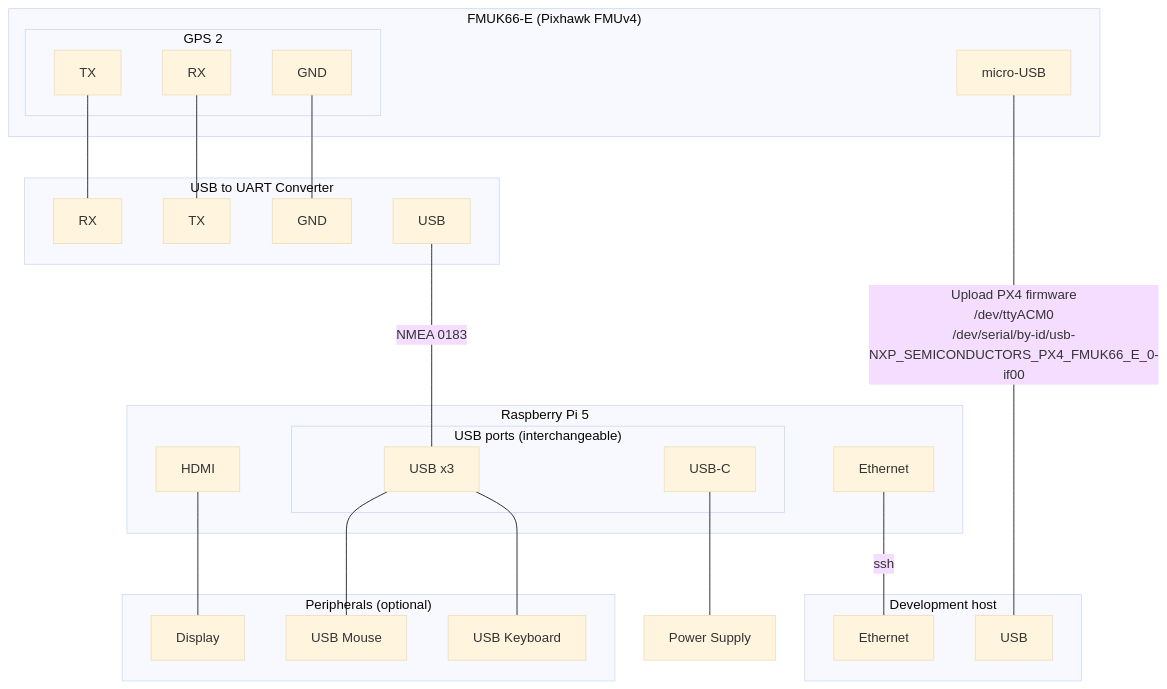
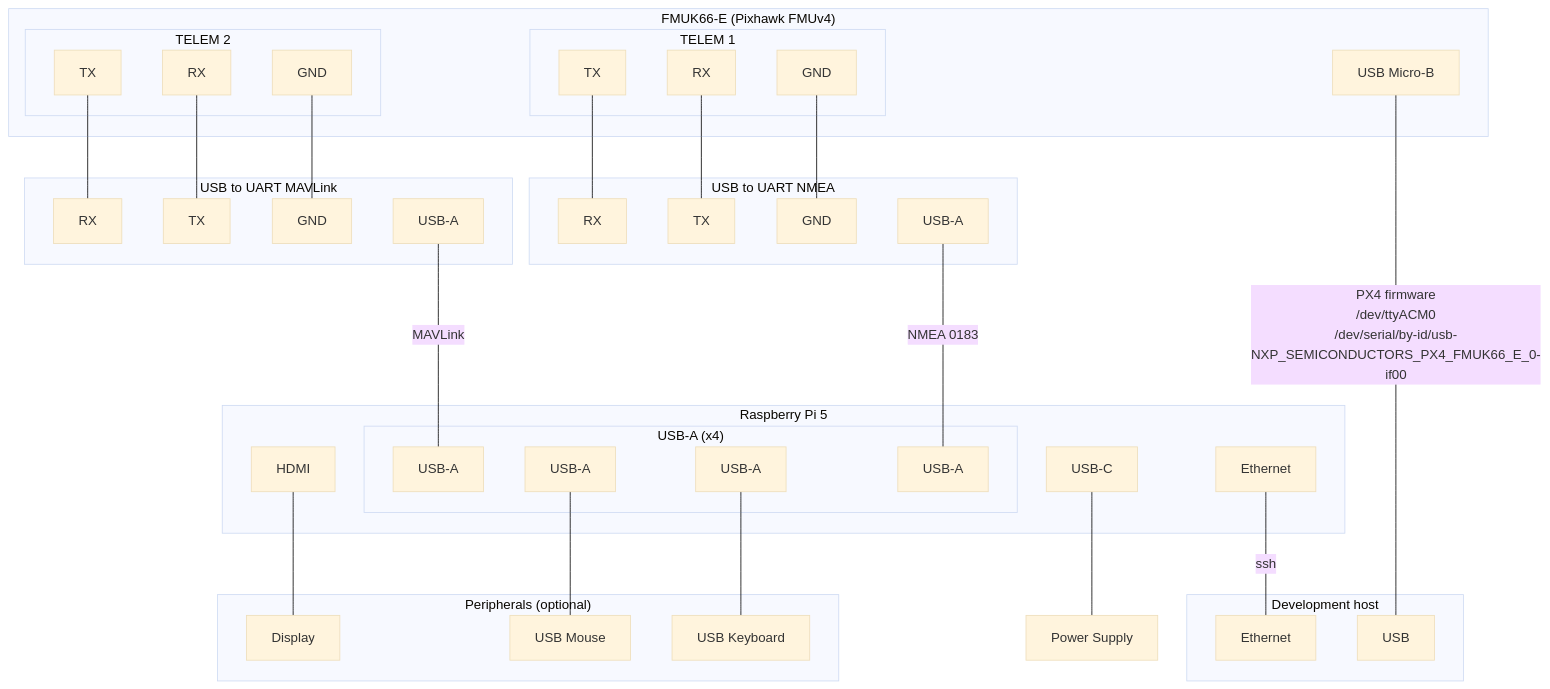
The diagram in docs/vitepress/docs/raspberry-pi-pixhawk.md (hmakelin/gisnav), drawn with Mermaid (base theme) before and after one commit. The commit also changed other lines of this file and 1 other file, not shown here.

````diff
--- a/docs/vitepress/docs/raspberry-pi-pixhawk.md
+++ b/docs/vitepress/docs/raspberry-pi-pixhawk.md
@@ -154,45 +157,63 @@
 ```mermaid
 graph TB
     subgraph "FMUK66-E (Pixhawk FMUv4)"
-        subgraph "GPS 2"
+        subgraph "TELEM 1"
             FMU_TELEM1_RX[RX]
             FMU_TELEM1_TX[TX]
             FMU_TELEM1_GND[GND]
         end
-        FMU_USB[micro-USB]
+        subgraph "TELEM 2"
+            FMU_TELEM2_RX[RX]
+            FMU_TELEM2_TX[TX]
+            FMU_TELEM2_GND[GND]
+        end
+        FMU_USB[USB Micro-B]
     end
     subgraph "Development host"
         Laptop_ETH[Ethernet]
         Laptop_USB[USB]
     end
     subgraph "Raspberry Pi 5"
-        subgraph USB["USB ports (interchangeable)"]
-            Pi_USB[USB x3]
-            Pi_USB_C["USB-C"]
+        subgraph USB["USB-A (x4)"]
+            Pi_USB_MAVLink[USB-A]
+            Pi_USB_Mouse[USB-A]
+            Pi_USB_Keyboard[USB-A]
+            Pi_USB_NMEA[USB-A]
         end
+        Pi_USB_C["USB-C"]
         Pi_HDMI[HDMI]
         Pi_ETH[Ethernet]
     end
-    subgraph "USB to UART Converter"
-        Converter_RX[RX]
-        Converter_TX[TX]
-        Converter_GND[GND]
-        Converter_USB[USB]
+    subgraph "USB to UART NMEA"
+        Converter_RX_NMEA[RX]
+        Converter_TX_NMEA[TX]
+        Converter_GND_NMEA[GND]
+        Converter_USB_NMEA[USB-A]
+    end
+    subgraph "USB to UART MAVLink"
+        Converter_RX_MAVLink[RX]
+        Converter_TX_MAVLink[TX]
+        Converter_GND_MAVLink[GND]
+        Converter_USB_MAVLink[USB-A]
     end
     Socket[Power Supply]
     subgraph "Peripherals (optional)"
         Display[Display]
         Mouse[USB Mouse]
         Keyboard[USB Keyboard]
     end
-    FMU_TELEM1_TX --- Converter_RX
-    FMU_TELEM1_RX --- Converter_TX
-    FMU_TELEM1_GND --- Converter_GND
-    FMU_USB ---|Upload PX4 firmware\n/dev/ttyACM0\n/dev/serial/by-id/usb-NXP_SEMICONDUCTORS_PX4_FMUK66_E_0-if00| Laptop_USB
-    Converter_USB ---|NMEA 0183| Pi_USB
+    FMU_TELEM2_TX --- Converter_RX_MAVLink
+    FMU_TELEM2_RX --- Converter_TX_MAVLink
+    FMU_TELEM2_GND --- Converter_GND_MAVLink
+    FMU_TELEM1_TX --- Converter_RX_NMEA
+    FMU_TELEM1_RX --- Converter_TX_NMEA
+    FMU_TELEM1_GND --- Converter_GND_NMEA
+    FMU_USB ---|PX4 firmware\n/dev/ttyACM0\n/dev/serial/by-id/usb-NXP_SEMICONDUCTORS_PX4_FMUK66_E_0-if00| Laptop_USB
+    Converter_USB_MAVLink ---|MAVLink| Pi_USB_MAVLink
+    Converter_USB_NMEA ---|NMEA 0183| Pi_USB_NMEA
     Pi_USB_C --- Socket
     Pi_HDMI --- Display
-    Pi_USB --- Mouse
-    Pi_USB --- Keyboard
+    Pi_USB_Mouse --- Mouse
+    Pi_USB_Keyboard --- Keyboard
     Pi_ETH ---|ssh| Laptop_ETH
 ```
````
